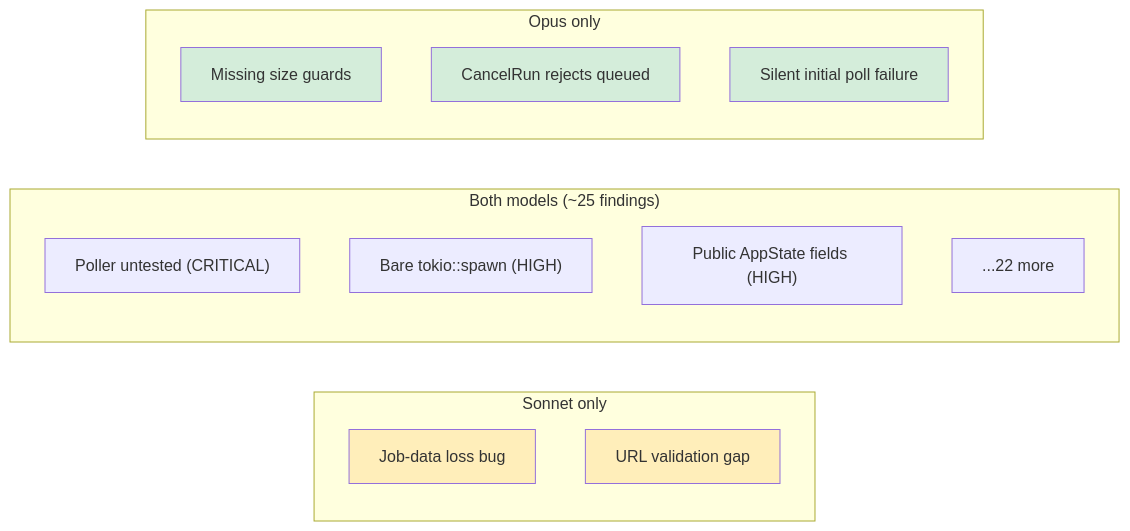
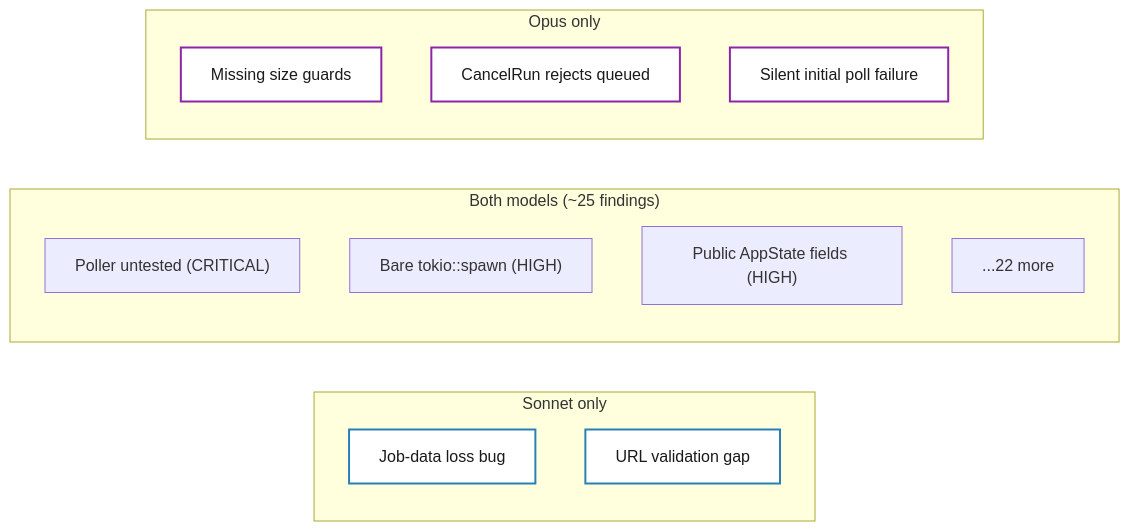
Before and after one commit to INS-JVidal/beyond-vibe-coding: the fourth of 5 diagrams in src/content/blog/en/dual-model-code-review.md, drawn with Mermaid. The commit also changed other lines of this file and 1 other file, not shown here.

Commit message:
Style mermaid diagrams with high-contrast colors
Use white fill backgrounds, dark text (#1a1a1a), and bold
stroke colors (blue/purple/orange/gray) for better readability
in both light and dark themes.

````diff
--- a/src/content/blog/en/dual-model-code-review.md
+++ b/src/content/blog/en/dual-model-code-review.md
@@ -149,26 +149,26 @@
 ```mermaid
 graph LR
     subgraph "Sonnet only"
         S1["Job-data loss bug"]
         S2["URL validation gap"]
     end
 
     subgraph "Both models (~25 findings)"
         B1["Poller untested (CRITICAL)"]
         B2["Bare tokio::spawn (HIGH)"]
         B3["Public AppState fields (HIGH)"]
         B4["...22 more"]
     end
 
     subgraph "Opus only"
         O1["Missing size guards"]
         O2["CancelRun rejects queued"]
         O3["Silent initial poll failure"]
     end
 
-    style S1 fill:#ffeeba
-    style S2 fill:#ffeeba
-    style O1 fill:#d4edda
-    style O2 fill:#d4edda
-    style O3 fill:#d4edda
+    style S1 fill:#fff,stroke:#2980b9,stroke-width:2px,color:#1a1a1a
+    style S2 fill:#fff,stroke:#2980b9,stroke-width:2px,color:#1a1a1a
+    style O1 fill:#fff,stroke:#8e24aa,stroke-width:2px,color:#1a1a1a
+    style O2 fill:#fff,stroke:#8e24aa,stroke-width:2px,color:#1a1a1a
+    style O3 fill:#fff,stroke:#8e24aa,stroke-width:2px,color:#1a1a1a
 ```
````
